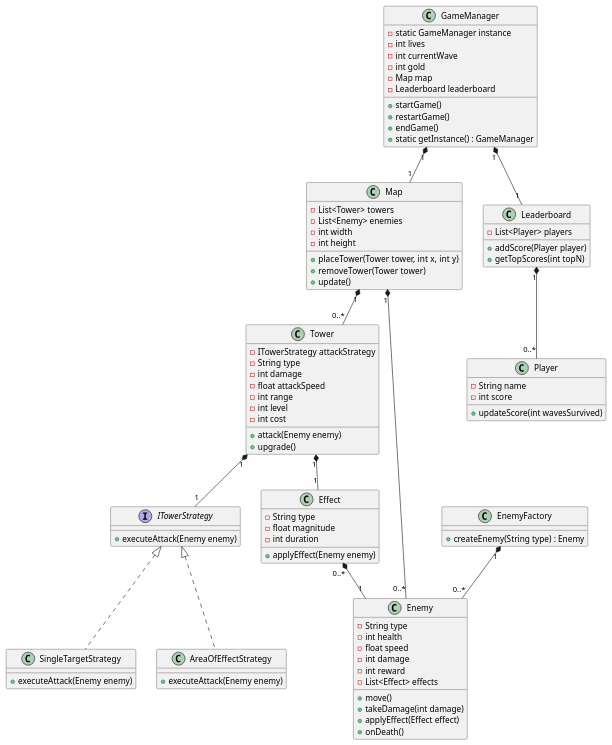
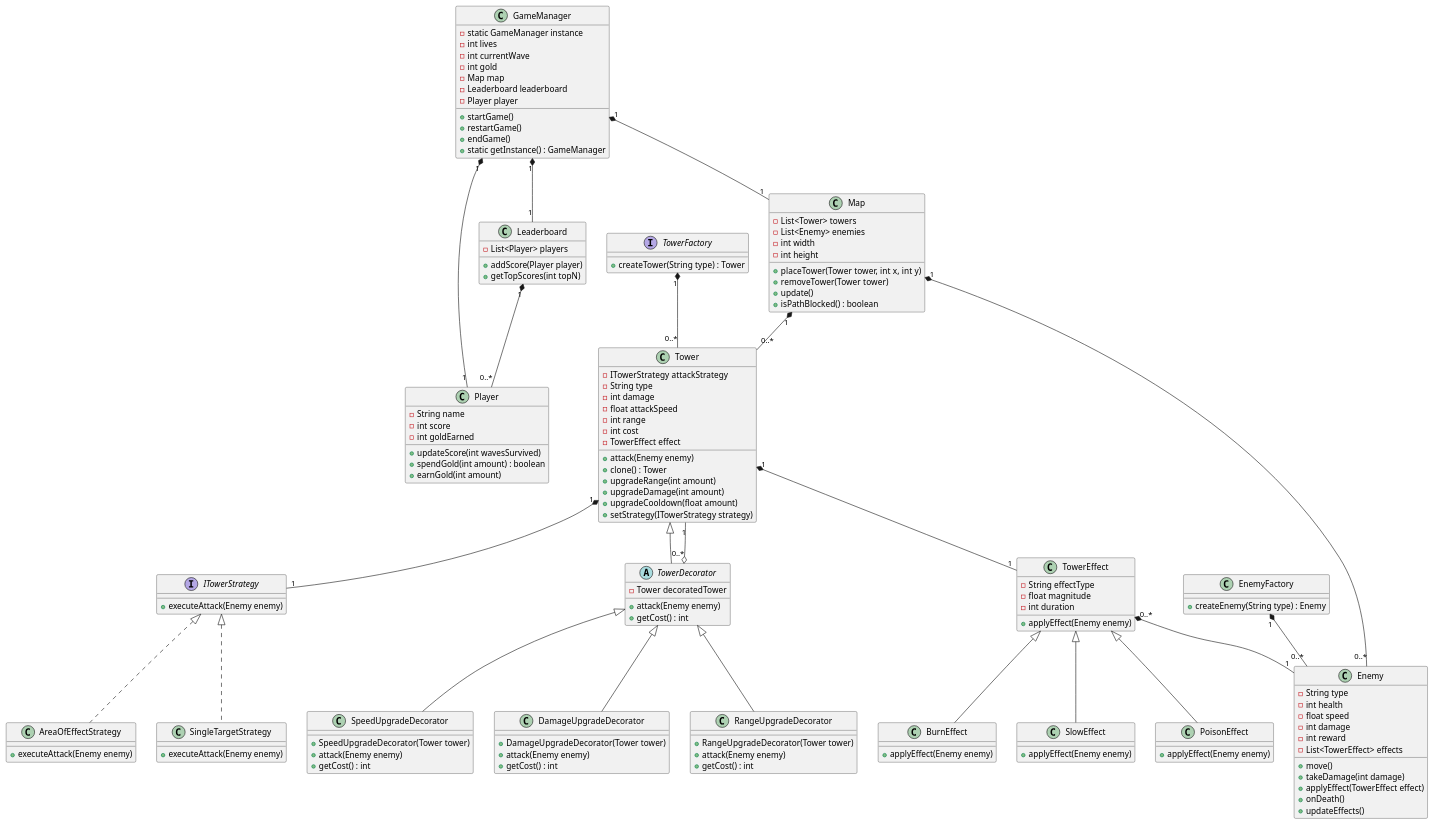
The diagram in Documents/UML.puml (BdryBaptiste/TowerDefenseMethodo), drawn with PlantUML before and after one commit. The commit also changed 30 other files, not shown here.

```diff
--- a/Documents/UML.puml
+++ b/Documents/UML.puml
@@ -1,94 +1,147 @@
 @startuml
 class GameManager {
     - static GameManager instance
     - int lives
     - int currentWave
     - int gold
     - Map map
     - Leaderboard leaderboard
+    - Player player
     + startGame()
     + restartGame()
     + endGame()
     + static getInstance() : GameManager
 }
 
 class Map {
     - List<Tower> towers
     - List<Enemy> enemies
     - int width
     - int height
     + placeTower(Tower tower, int x, int y)
     + removeTower(Tower tower)
     + update()
+    + isPathBlocked() : boolean
 }
 
 class Tower {
     - ITowerStrategy attackStrategy
     - String type
     - int damage
     - float attackSpeed
     - int range
-    - int level
     - int cost
+    - TowerEffect effect
     + attack(Enemy enemy)
-    + upgrade()
+    + clone() : Tower
+    + upgradeRange(int amount)
+    + upgradeDamage(int amount)
+    + upgradeCooldown(float amount)
+    + setStrategy(ITowerStrategy strategy)
 }
 
 interface ITowerStrategy {
     + executeAttack(Enemy enemy)
 }
 
 class SingleTargetStrategy implements ITowerStrategy {
     + executeAttack(Enemy enemy)
 }
 
 class AreaOfEffectStrategy implements ITowerStrategy {
     + executeAttack(Enemy enemy)
 }
 
-class Effect {
-    - String type
+interface TowerFactory {
+    + createTower(String type) : Tower
+}
+
+class TowerEffect {
+    - String effectType
     - float magnitude
     - int duration
+    + applyEffect(Enemy enemy)
+}
+
+class BurnEffect extends TowerEffect {
+    + applyEffect(Enemy enemy)
+}
+
+class SlowEffect extends TowerEffect {
+    + applyEffect(Enemy enemy)
+}
+
+class PoisonEffect extends TowerEffect {
     + applyEffect(Enemy enemy)
 }
 
 class Enemy {
     - String type
     - int health
     - float speed
     - int damage
     - int reward
-    - List<Effect> effects
+    - List<TowerEffect> effects
     + move()
     + takeDamage(int damage)
-    + applyEffect(Effect effect)
+    + applyEffect(TowerEffect effect)
     + onDeath()
+    + updateEffects()
 }
 
 class EnemyFactory {
     + createEnemy(String type) : Enemy
 }
 
+abstract class TowerDecorator extends Tower {
+    - Tower decoratedTower
+    + attack(Enemy enemy)
+    + getCost() : int
+}
+
+class DamageUpgradeDecorator extends TowerDecorator {
+    + DamageUpgradeDecorator(Tower tower)
+    + attack(Enemy enemy)
+    + getCost() : int
+}
+
+class RangeUpgradeDecorator extends TowerDecorator {
+    + RangeUpgradeDecorator(Tower tower)
+    + attack(Enemy enemy)
+    + getCost() : int
+}
+
+class SpeedUpgradeDecorator extends TowerDecorator {
+    + SpeedUpgradeDecorator(Tower tower)
+    + attack(Enemy enemy)
+    + getCost() : int
+}
+
 class Player {
     - String name
     - int score
+    - int goldEarned
     + updateScore(int wavesSurvived)
+    + spendGold(int amount) : boolean
+    + earnGold(int amount)
 }
 
 class Leaderboard {
     - List<Player> players
     + addScore(Player player)
     + getTopScores(int topN)
 }
 
 GameManager "1" *-- "1" Map
 GameManager "1" *-- "1" Leaderboard
+GameManager "1" *-- "1" Player
 Map "1" *-- "0..*" Tower
 Map "1" *-- "0..*" Enemy
 Tower "1" *-- "1" ITowerStrategy
-Tower "1" *-- "1" Effect
-Effect "0..*" *-- "1" Enemy
+Tower "1" *-- "1" TowerEffect
+TowerFactory "1" *-- "0..*" Tower
+TowerEffect "0..*" *-- "1" Enemy
 EnemyFactory "1" *-- "0..*" Enemy
 Leaderboard "1" *-- "0..*" Player
+TowerDecorator "0..*" o-- "1" Tower
 @enduml
```
